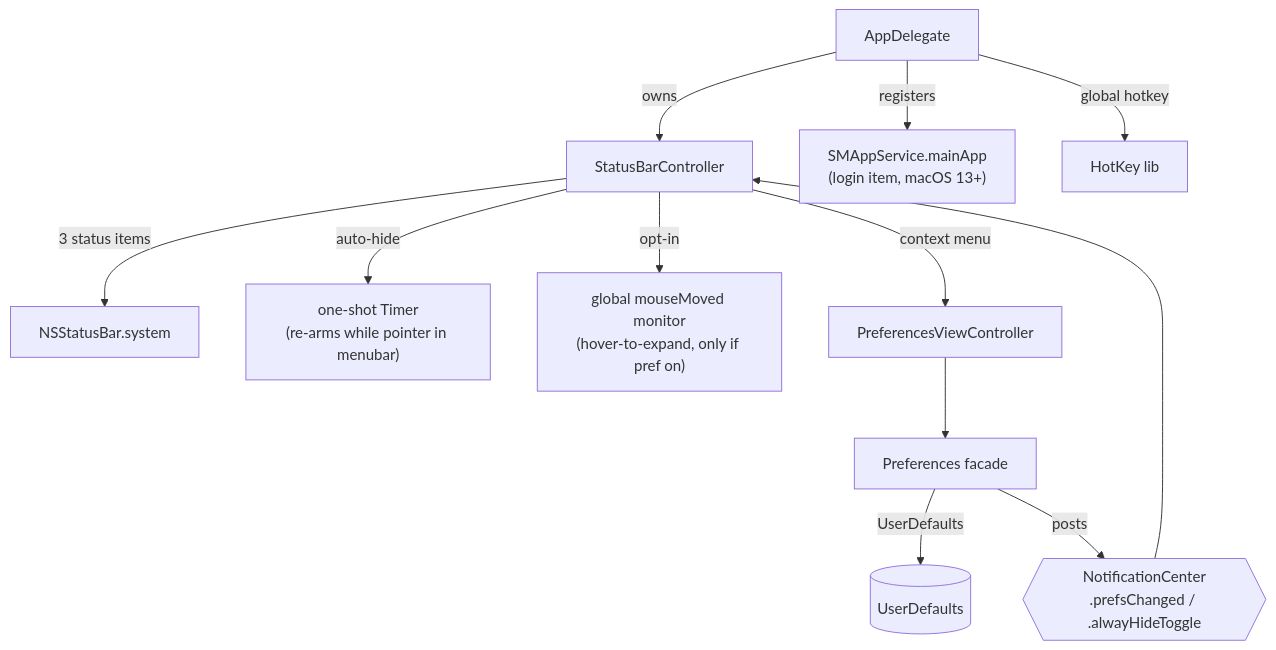
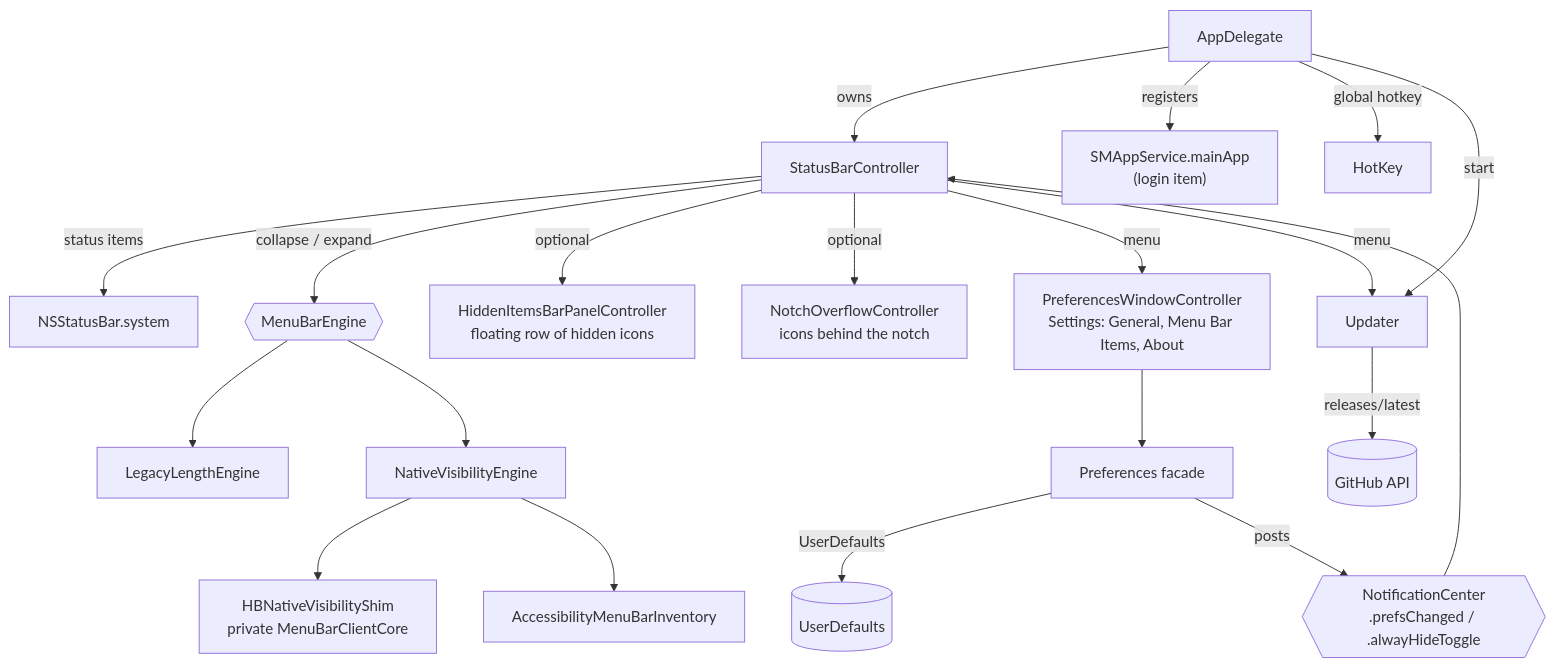
The second of 2 diagrams in docs/ARCHITECTURE.md (Bruno-Alumn/Tuckaway), drawn with Mermaid before and after one commit. The commit also changed other lines of this file and 6 other files, not shown here.

````diff
--- a/docs/ARCHITECTURE.md
+++ b/docs/ARCHITECTURE.md
@@ -43,14 +113,22 @@
 ```mermaid
 flowchart TD
     AD[AppDelegate] -->|owns| SBC[StatusBarController]
-    AD -->|registers| SM["SMAppService.mainApp\n(login item, macOS 13+)"]
-    AD -->|global hotkey| HK[HotKey lib]
-    SBC -->|3 status items| NSB[NSStatusBar.system]
-    SBC -->|auto-hide| T["one-shot Timer\n(re-arms while pointer in menubar)"]
-    SBC -->|opt-in| HM["global mouseMoved monitor\n(hover-to-expand, only if pref on)"]
+    AD -->|registers| SM["SMAppService.mainApp\n(login item)"]
+    AD -->|global hotkey| HK[HotKey]
+    AD -->|start| UP[Updater]
+    SBC -->|status items| NSB[NSStatusBar.system]
+    SBC -->|collapse / expand| ENG{{MenuBarEngine}}
+    ENG --> LEG[LegacyLengthEngine]
+    ENG --> NAT[NativeVisibilityEngine]
+    NAT --> SHIM[HBNativeVisibilityShim\nprivate MenuBarClientCore]
+    NAT --> INV[AccessibilityMenuBarInventory]
+    SBC -->|optional| HIB[HiddenItemsBarPanelController\nfloating row of hidden icons]
+    SBC -->|optional| NOC[NotchOverflowController\nicons behind the notch]
     PREFS[Preferences facade] -->|UserDefaults| UD[(UserDefaults)]
     PREFS -->|posts| NC{{NotificationCenter\n.prefsChanged / .alwayHideToggle}}
     NC --> SBC
-    PVC[PreferencesViewController] --> PREFS
-    SBC -->|context menu| PVC
+    PWC[PreferencesWindowController\nSettings: General, Menu Bar Items, About] --> PREFS
+    SBC -->|menu| PWC
+    SBC -->|menu| UP
+    UP -->|releases/latest| GH[(GitHub API)]
 ```
````
